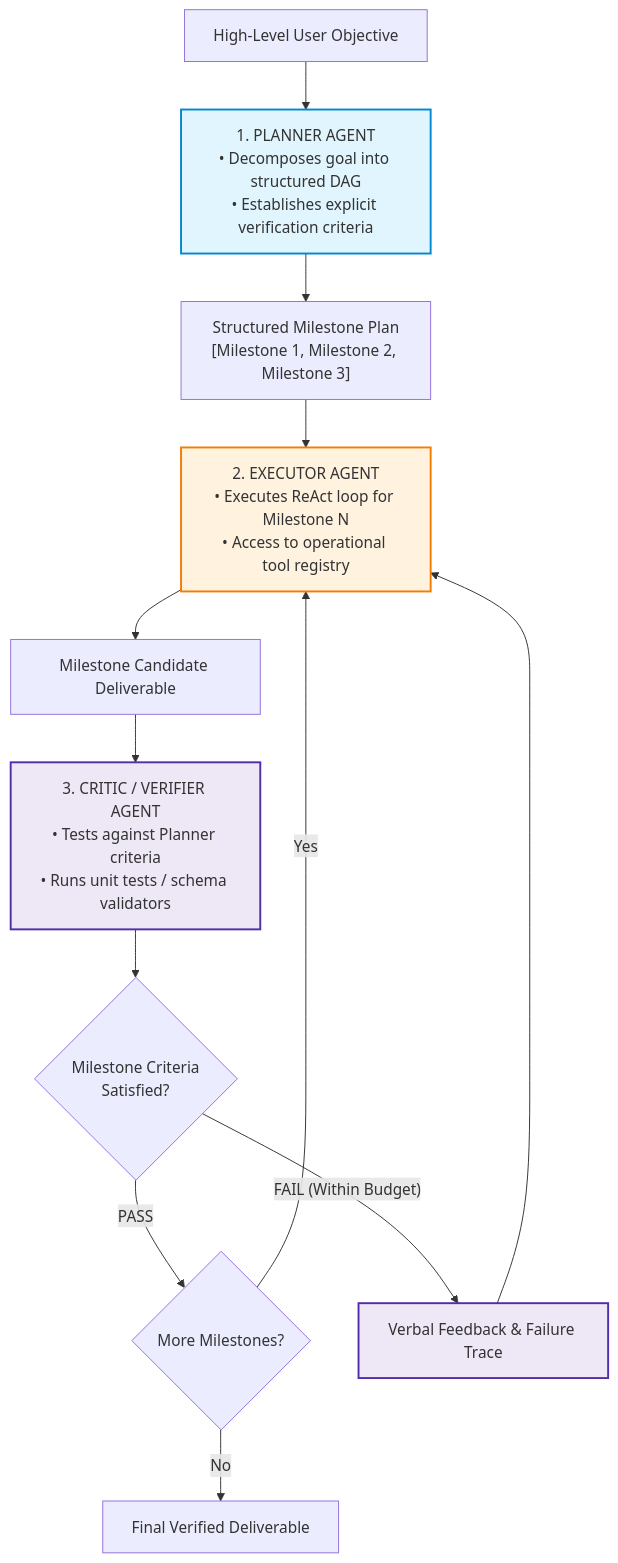
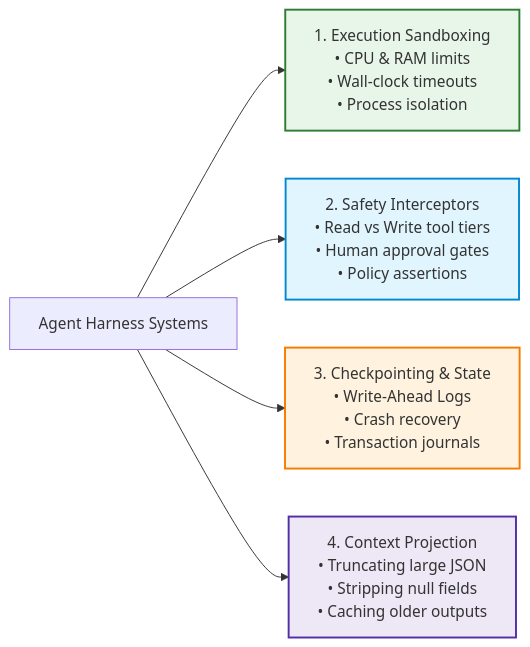
One commit to dip4k/senior-engineer-to-ai-engineer-roadmap changed the second of 4 diagrams in 04-agentic-systems-and-orchestration/02-react-loops-and-execution-governors.md. Above: the diagram before and after it, drawn with Mermaid. The commit also changed other lines of this file and 11 other files, not shown here.

````diff
--- a/04-agentic-systems-and-orchestration/02-react-loops-and-execution-governors.md
+++ b/04-agentic-systems-and-orchestration/02-react-loops-and-execution-governors.md
@@ -87,25 +85,12 @@
 ```mermaid
-flowchart TD
-    classDef plan fill:#e1f5fe,stroke:#0288d1,stroke-width:2px;
-    classDef exec fill:#fff3e0,stroke:#f57c00,stroke-width:2px;
-    classDef critic fill:#ede7f6,stroke:#512da8,stroke-width:2px;
+flowchart LR
+    classDef c1 fill:#e8f5e9,stroke:#2e7d32,stroke-width:2px;
+    classDef c2 fill:#e1f5fe,stroke:#0288d1,stroke-width:2px;
+    classDef c3 fill:#fff3e0,stroke:#f57c00,stroke-width:2px;
+    classDef c4 fill:#ede7f6,stroke:#512da8,stroke-width:2px;
 
-    Goal["High-Level User Objective"] --> Planner["1. PLANNER AGENT\n• Decomposes goal into structured DAG\n• Establishes explicit verification criteria"]:::plan
-    
-    Planner --> PlanDAG["Structured Milestone Plan\n[Milestone 1, Milestone 2, Milestone 3]"]
-    
-    PlanDAG --> Executor["2. EXECUTOR AGENT\n• Executes ReAct loop for Milestone N\n• Access to operational tool registry"]:::exec
-    
-    Executor --> Candidate["Milestone Candidate Deliverable"]
-    
-    Candidate --> Critic["3. CRITIC / VERIFIER AGENT\n• Tests against Planner criteria\n• Runs unit tests / schema validators"]:::critic
-    
-    Critic --> Decision{"Milestone Criteria\nSatisfied?"}
-    
-    Decision -- "PASS" --> NextMilestone{"More Milestones?"}
-    NextMilestone -- "Yes" --> Executor
-    NextMilestone -- "No" --> FinalOutput["Final Verified Deliverable"]
-    
-    Decision -- "FAIL (Within Budget)" --> Critique["Verbal Feedback & Failure Trace"]:::critic
-    Critique --> Executor
+    H_Core["Agent Harness Systems"] --> C1["1. Execution Sandboxing\n• CPU & RAM limits\n• Wall-clock timeouts\n• Process isolation"]:::c1
+    H_Core --> C2["2. Safety Interceptors\n• Read vs Write tool tiers\n• Human approval gates\n• Policy assertions"]:::c2
+    H_Core --> C3["3. Checkpointing & State\n• Write-Ahead Logs\n• Crash recovery\n• Transaction journals"]:::c3
+    H_Core --> C4["4. Context Projection\n• Truncating large JSON\n• Stripping null fields\n• Caching older outputs"]:::c4
 ```
````
